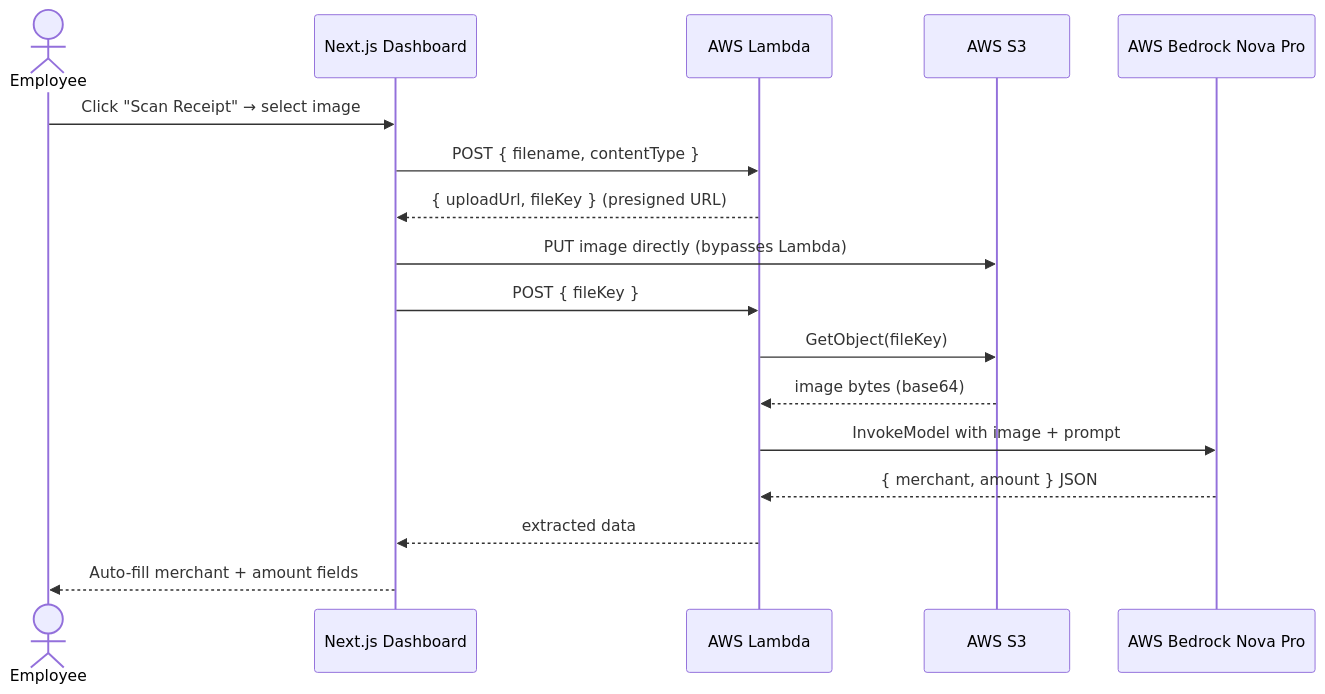
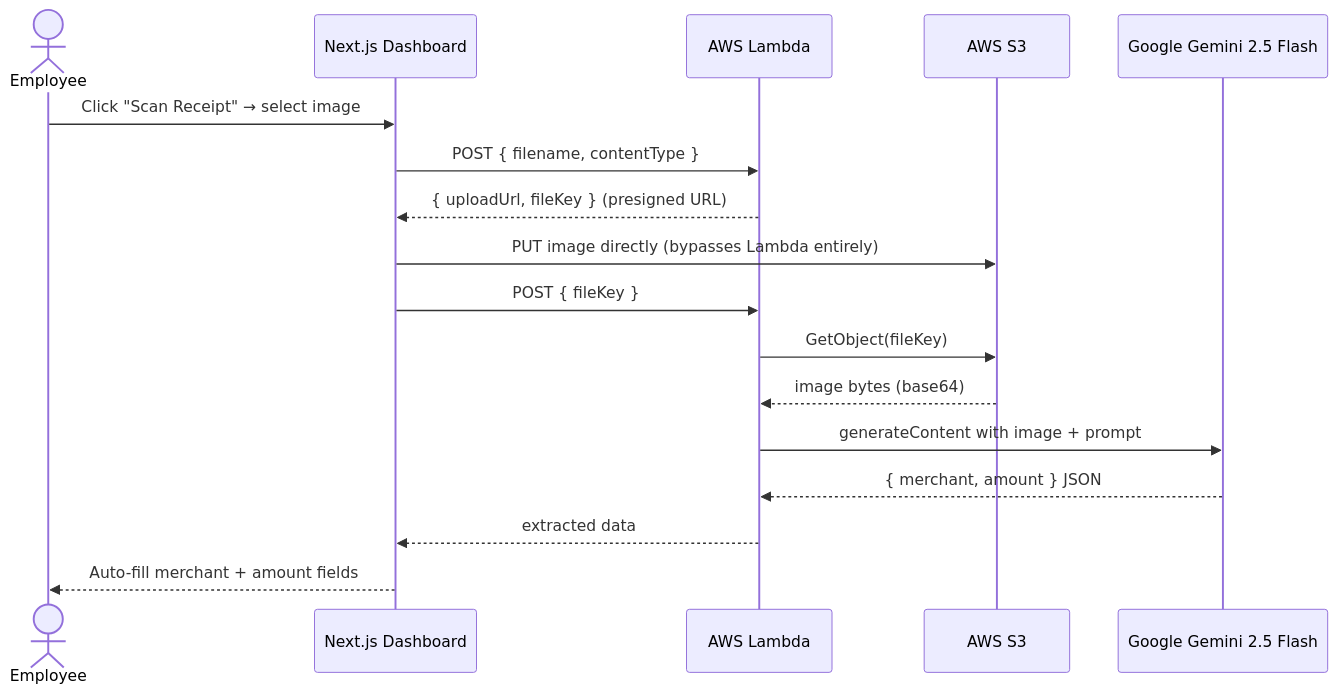
The second of 3 diagrams in ARCHITECTURE.md (prajjwalsingh11/smartwallet-ai), drawn with Mermaid before and after one commit. The commit also changed other lines of this file and 1 other file, not shown here.

````diff
--- a/ARCHITECTURE.md
+++ b/ARCHITECTURE.md
@@ -49,20 +49,20 @@
 ```mermaid
 sequenceDiagram
     actor Employee
     participant UI as Next.js Dashboard
     participant Lambda as AWS Lambda
     participant S3 as AWS S3
-    participant Bedrock as AWS Bedrock Nova Pro
+    participant Gemini as Google Gemini 2.5 Flash
 
     Employee->>UI: Click "Scan Receipt" → select image
     UI->>Lambda: POST { filename, contentType }
     Lambda-->>UI: { uploadUrl, fileKey } (presigned URL)
-    UI->>S3: PUT image directly (bypasses Lambda)
+    UI->>S3: PUT image directly (bypasses Lambda entirely)
     UI->>Lambda: POST { fileKey }
     Lambda->>S3: GetObject(fileKey)
     S3-->>Lambda: image bytes (base64)
-    Lambda->>Bedrock: InvokeModel with image + prompt
-    Bedrock-->>Lambda: { merchant, amount } JSON
+    Lambda->>Gemini: generateContent with image + prompt
+    Gemini-->>Lambda: { merchant, amount } JSON
     Lambda-->>UI: extracted data
     UI-->>Employee: Auto-fill merchant + amount fields
 ```
````
